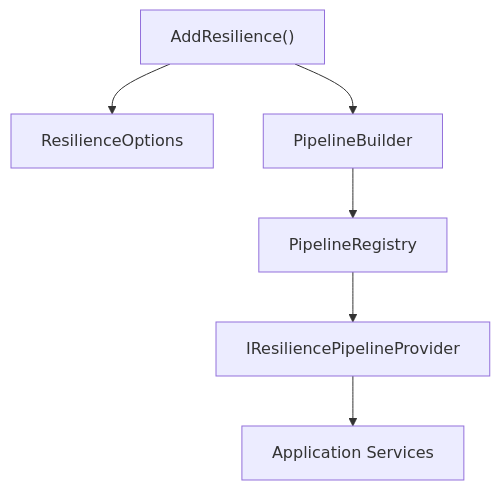
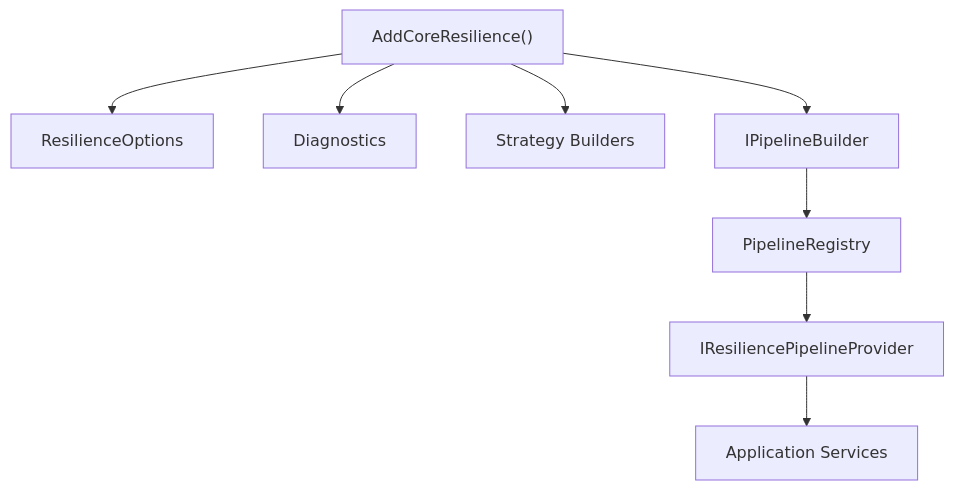
One commit to FEDERIN/CoreSystem changed the fourth of 5 diagrams in docs/Resilience/Architecture.md. Above: the diagram before and after it, drawn with Mermaid. The commit also changed other lines of this file and 44 other files, not shown here.

````diff
--- a/docs/Resilience/Architecture.md
+++ b/docs/Resilience/Architecture.md
@@ -189,15 +173,19 @@
 ```mermaid
 graph TD
 
-    Registration["AddResilience()"]
+    Registration["AddCoreResilience()"]
 
     Registration --> Options["ResilienceOptions"]
 
-    Registration --> Builder["PipelineBuilder"]
+    Registration --> Diagnostics["Diagnostics"]
+
+    Registration --> Strategies["Strategy Builders"]
+
+    Registration --> Builder["IPipelineBuilder"]
 
     Builder --> Registry["PipelineRegistry"]
 
     Registry --> Provider["IResiliencePipelineProvider"]
 
     Provider --> Application["Application Services"]
 ```
````
